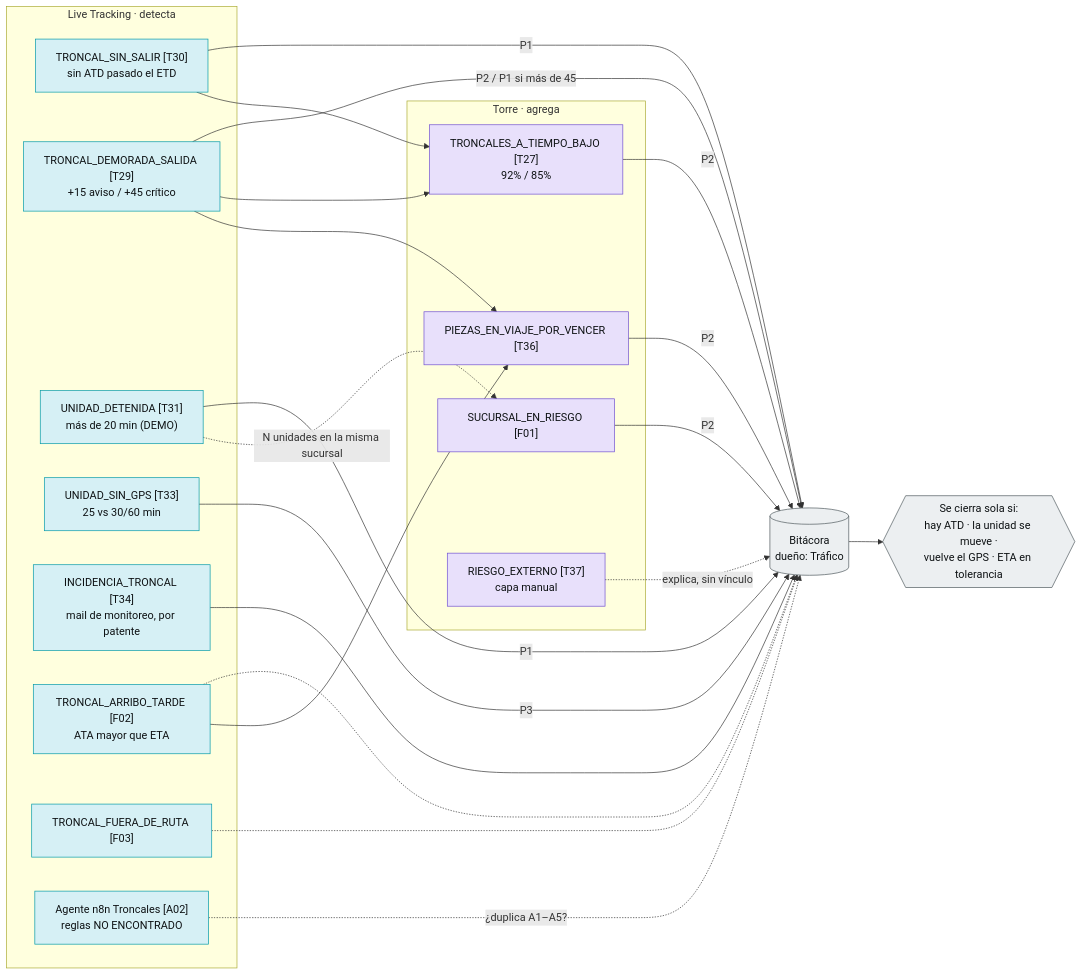
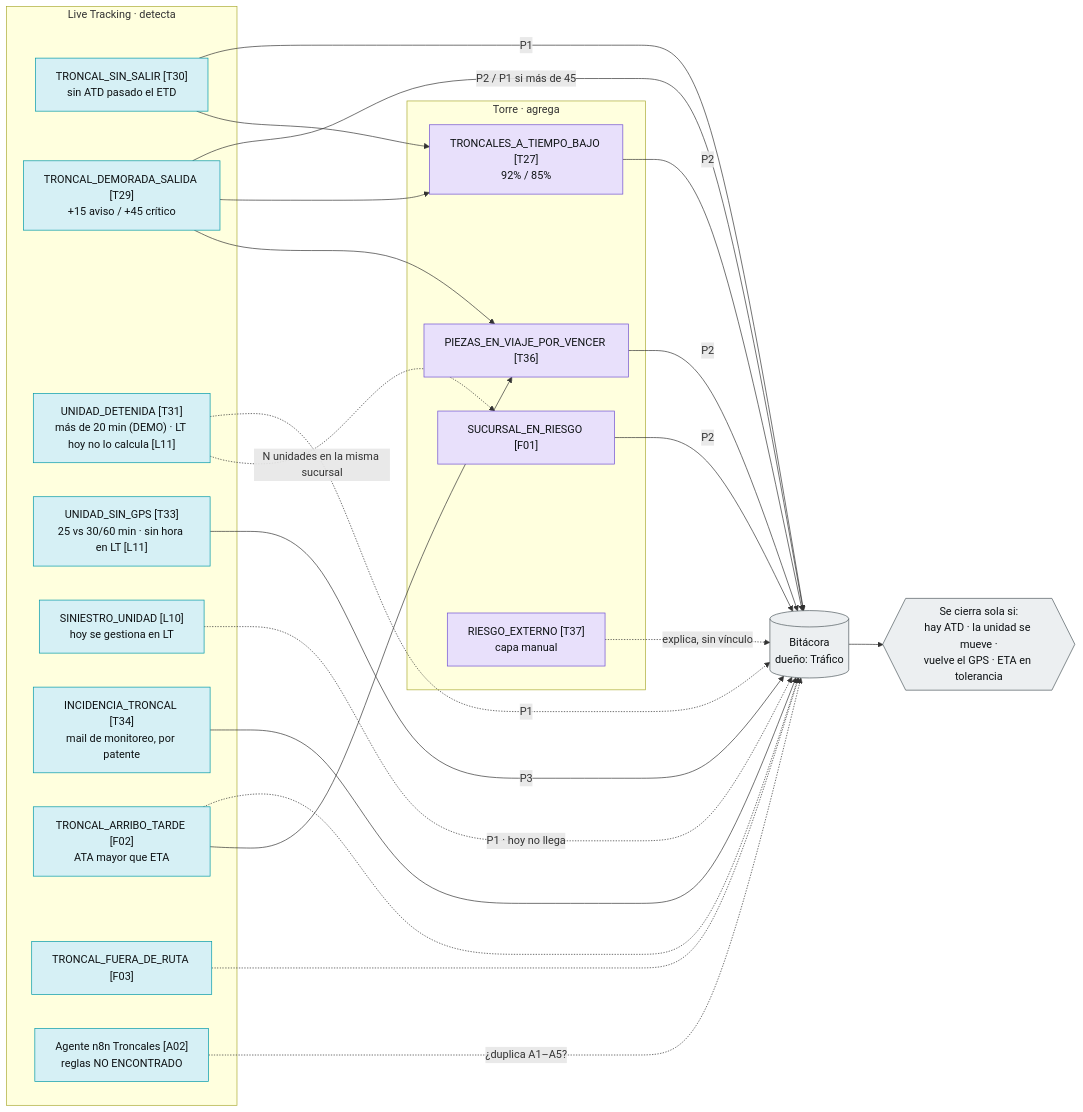
One commit to juancaja2025/Tower-control- changed the first of 5 diagrams in analisis-alertas/flujos.md. Above: the diagram before and after it, drawn with Mermaid. The commit also changed other lines of this file and 34 other files, not shown here.

````diff
--- a/analisis-alertas/flujos.md
+++ b/analisis-alertas/flujos.md
@@ -20,40 +20,42 @@
 ```mermaid
 flowchart LR
   subgraph LT["Live Tracking · detecta"]
     A1["TRONCAL_SIN_SALIR [T30]<br/>sin ATD pasado el ETD"]
     A2["TRONCAL_DEMORADA_SALIDA [T29]<br/>+15 aviso / +45 crítico"]
-    A3["UNIDAD_DETENIDA [T31]<br/>más de 20 min (DEMO)"]
-    A4["UNIDAD_SIN_GPS [T33]<br/>25 vs 30/60 min"]
+    A3["UNIDAD_DETENIDA [T31]<br/>más de 20 min (DEMO) · LT hoy no lo calcula [L11]"]
+    A4["UNIDAD_SIN_GPS [T33]<br/>25 vs 30/60 min · sin hora en LT [L11]"]
+    A8["SINIESTRO_UNIDAD [L10]<br/>hoy se gestiona en LT"]
     A5["INCIDENCIA_TRONCAL [T34]<br/>mail de monitoreo, por patente"]
     A6["TRONCAL_ARRIBO_TARDE [F02]<br/>ATA mayor que ETA"]
     A7["TRONCAL_FUERA_DE_RUTA [F03]"]
     N8N["Agente n8n Troncales [A02]<br/>reglas NO ENCONTRADO"]
   end
   subgraph TC["Torre · agrega"]
     B1["TRONCALES_A_TIEMPO_BAJO [T27]<br/>92% / 85%"]
     B2["PIEZAS_EN_VIAJE_POR_VENCER [T36]"]
     B3["SUCURSAL_EN_RIESGO [F01]"]
     B4["RIESGO_EXTERNO [T37]<br/>capa manual"]
   end
   BIT[("Bitácora<br/>dueño: Tráfico")]
   A1 -->|P1| BIT
   A2 -->|"P2 / P1 si más de 45"| BIT
-  A3 -->|P1| BIT
+  A3 -.->|P1| BIT
+  A8 -.->|"P1 · hoy no llega"| BIT
   A4 -->|P3| BIT
   A5 --> BIT
   A6 -.-> BIT
   A7 -.-> BIT
   N8N -.->|"¿duplica A1–A5?"| BIT
   A1 & A2 --> B1
   A2 & A6 --> B2
   A3 -.->|"N unidades en la misma sucursal"| B3
   B4 -.->|"explica, sin vínculo"| BIT
   B1 & B2 & B3 -->|P2| BIT
   BIT --> R1{{"Se cierra sola si:<br/>hay ATD · la unidad se mueve ·<br/>vuelve el GPS · ETA en tolerancia"}}
   classDef lt fill:#d6f0f5,stroke:#0099a8,color:#0e1214
   classDef tc fill:#e8e0fb,stroke:#6f4fd1,color:#0e1214
   classDef bit fill:#eceff1,stroke:#4e595d,color:#0e1214
-  class A1,A2,A3,A4,A5,A6,A7,N8N lt
+  class A1,A2,A3,A4,A5,A6,A7,A8,N8N lt
   class B1,B2,B3,B4 tc
   class BIT,R1 bit
 ```
````
